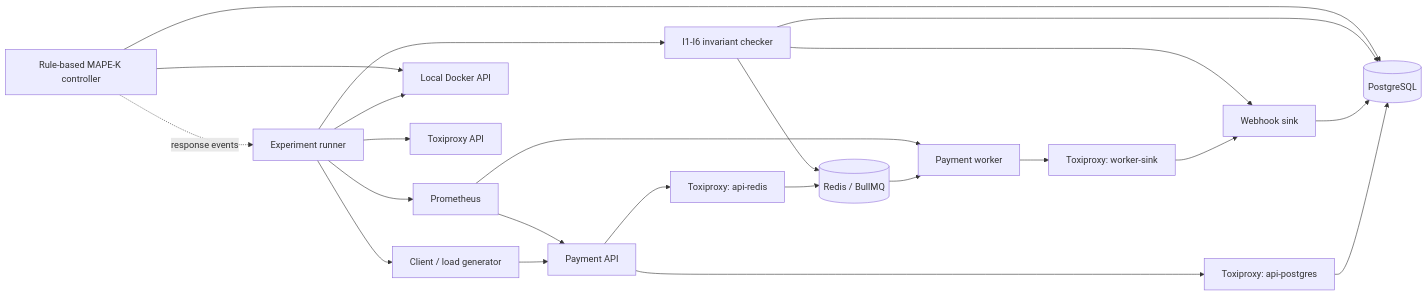
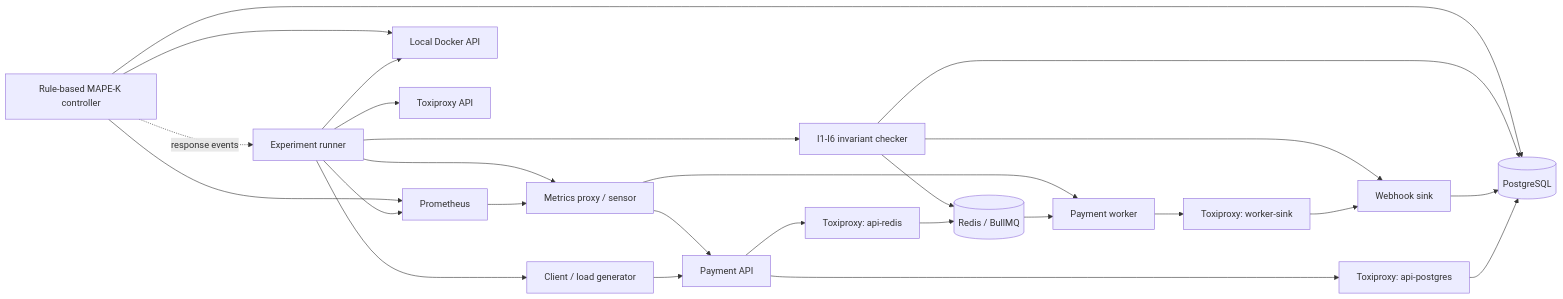
One commit to rahulgope45/Chaos-Harness changed the diagram in docs/handover/00-project-introduction.md. Above: the diagram before and after it, drawn with Mermaid. The commit also changed other lines of this file and 48 other files, not shown here.

````diff
--- a/docs/handover/00-project-introduction.md
+++ b/docs/handover/00-project-introduction.md
@@ -37,27 +37,30 @@
 ```mermaid
 flowchart LR
   Client[Client / load generator] --> API[Payment API]
   API --> PgProxy[Toxiproxy: api-postgres]
   PgProxy --> PG[(PostgreSQL)]
   API --> RedisProxy[Toxiproxy: api-redis]
   RedisProxy --> Redis[(Redis / BullMQ)]
   Redis --> Worker[Payment worker]
   Worker --> SinkProxy[Toxiproxy: worker-sink]
   SinkProxy --> Sink[Webhook sink]
   Sink --> PG
 
-  Prom[Prometheus] --> API
-  Prom --> Worker
+  Prom[Prometheus] --> Sensor[Metrics proxy / sensor]
+  Sensor --> API
+  Sensor --> Worker
   Runner[Experiment runner] --> Client
   Runner --> Prom
   Runner --> Docker[Local Docker API]
   Runner --> ToxiAPI[Toxiproxy API]
+  Runner --> Sensor
   Runner --> Checks[I1-I6 invariant checker]
   Checks --> PG
   Checks --> Redis
   Checks --> Sink
 
   Controller[Rule-based MAPE-K controller] --> Docker
+  Controller --> Prom
   Controller --> PG
   Controller -. response events .-> Runner
 ```
````
